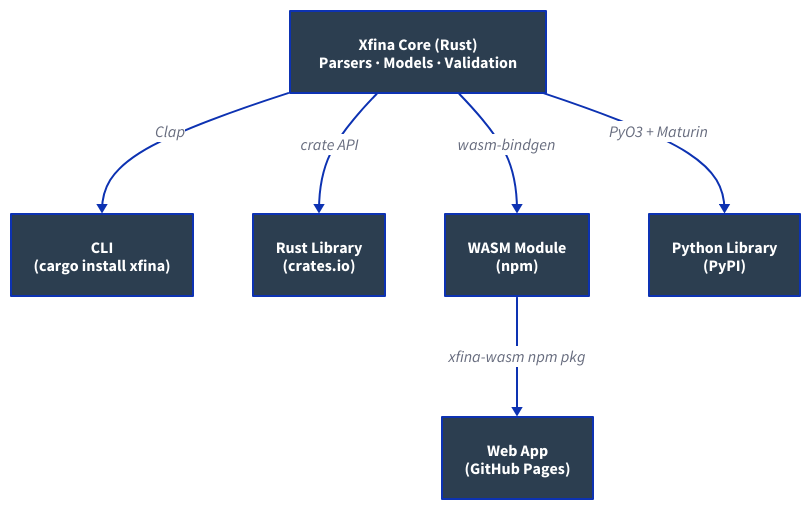
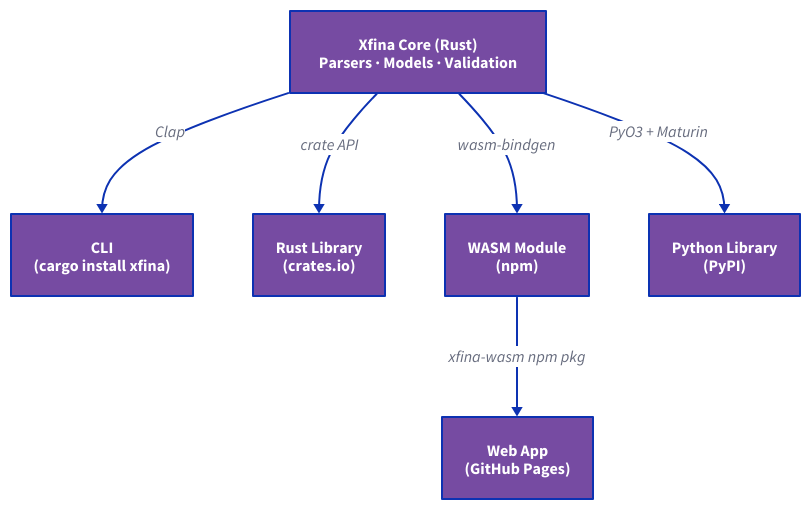
Before and after one commit to sakthipriyan/sakthipriyan.github.io: the diagram in content/building-systems/blogs/2026/xfina-full-setup-end-to-end.md, drawn with D2.

Commit message:
style: update D2 diagram to match navbar violet color

````diff
--- a/content/building-systems/blogs/2026/xfina-full-setup-end-to-end.md
+++ b/content/building-systems/blogs/2026/xfina-full-setup-end-to-end.md
@@ -67,38 +67,38 @@
 ```d2
 core: Xfina Core {
-  style.fill: "#2c3e50"
+  style.fill: "#764ba2"
   style.font-color: white
   label: "Xfina Core (Rust)\nParsers · Models · Validation"
 }
 
 cli: CLI\n(cargo install xfina) {
-  style.fill: "#2c3e50"
+  style.fill: "#764ba2"
   style.font-color: white
 }
 
 rustlib: Rust Library\n(crates.io) {
-  style.fill: "#2c3e50"
+  style.fill: "#764ba2"
   style.font-color: white
 }
 
 wasm: WASM Module\n(npm) {
-  style.fill: "#2c3e50"
+  style.fill: "#764ba2"
   style.font-color: white
 }
 
 pylib: Python Library\n(PyPI) {
-  style.fill: "#2c3e50"
+  style.fill: "#764ba2"
   style.font-color: white
 }
 
 webapp: Web App\n(GitHub Pages) {
-  style.fill: "#2c3e50"
+  style.fill: "#764ba2"
   style.font-color: white
 }
 
 core -> cli: Clap
 core -> rustlib: crate API
 core -> wasm: wasm-bindgen
 core -> pylib: PyO3 + Maturin
 wasm -> webapp: xfina-wasm npm pkg
 ```
````
